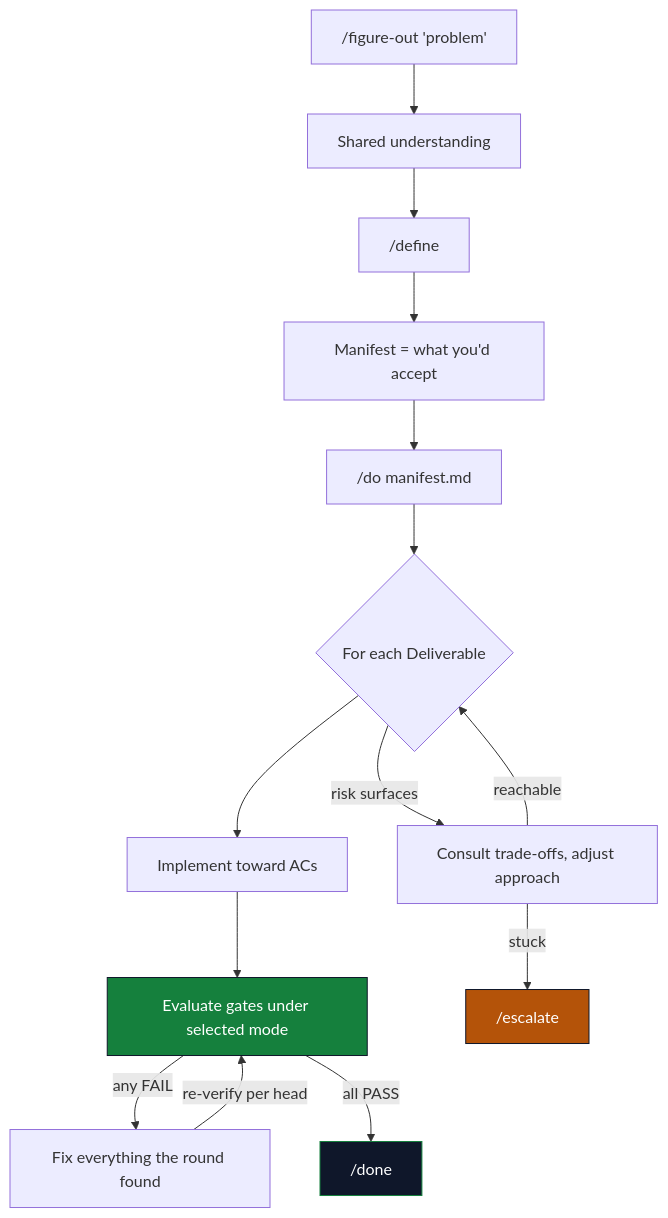
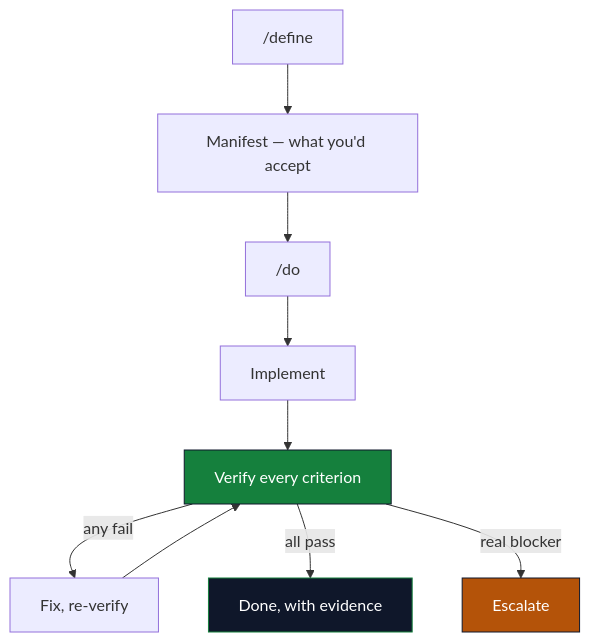
Before and after one commit to doodledood/manifest-dev: the diagram in README.md, drawn with Mermaid. The commit also changed other lines of this file and 16 other files, not shown here.

````diff
--- a/README.md
+++ b/README.md
@@ -97,22 +62,17 @@
 ```mermaid
 flowchart TD
-    A["/figure-out 'problem'"] --> B["Shared understanding"]
-    B --> C["/define"]
-    C --> D["Manifest = what you'd accept"]
-    D --> E["/do manifest.md"]
-    E --> F{"For each Deliverable"}
-    F --> G["Implement toward ACs"]
-    G --> H["Evaluate gates under selected mode"]
-    H -->|any FAIL| I["Fix everything the round found"]
-    I -->|re-verify per head| H
-    H -->|all PASS| J["/done"]
-    F -->|risk surfaces| K["Consult trade-offs, adjust approach"]
-    K -->|reachable| F
-    K -->|stuck| L["/escalate"]
+    A["/define"] --> B["Manifest — what you'd accept"]
+    B --> C["/do"]
+    C --> D["Implement"]
+    D --> E["Verify every criterion"]
+    E -->|any fail| F["Fix, re-verify"]
+    F --> E
+    E -->|all pass| G["Done, with evidence"]
+    E -->|real blocker| H["Escalate"]
     classDef gate fill:#15803D,stroke:#0F172A,color:#FFFFFF;
     classDef done fill:#0F172A,stroke:#15803D,color:#FFFFFF;
     classDef stop fill:#B45309,stroke:#0F172A,color:#FFFFFF;
-    class H gate;
-    class J done;
-    class L stop;
+    class E gate;
+    class G done;
+    class H stop;
 ```
````
